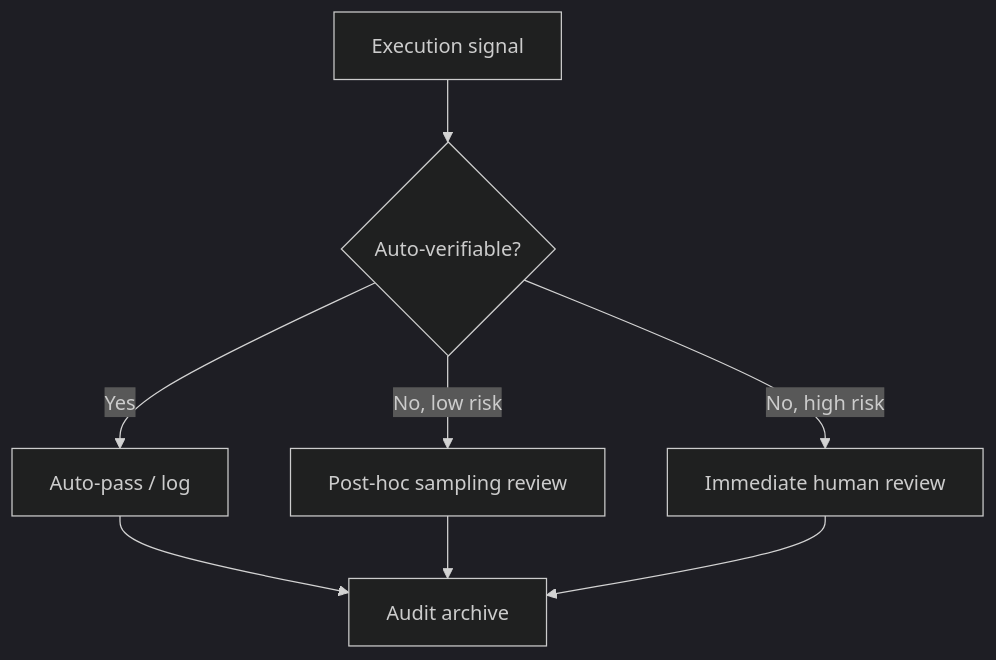
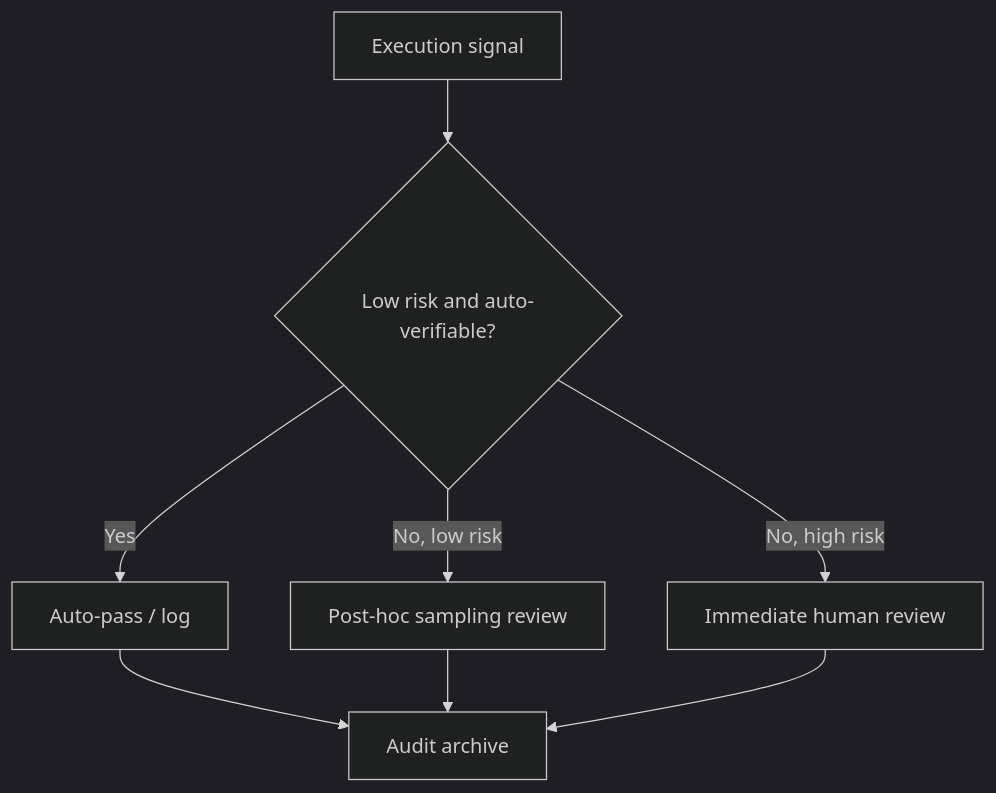
Before and after one commit to cuipengfei/adopt-agentic: the second of 2 diagrams in docs/en/guide/human-in-the-loop.md, drawn with Mermaid (dark theme). The commit also changed other lines of this file and 16 other files, not shown here.

````diff
--- a/docs/en/guide/human-in-the-loop.md
+++ b/docs/en/guide/human-in-the-loop.md
@@ -129,10 +133,10 @@
 ```mermaid
 flowchart TD
-    A["Execution signal"] --> B{"Auto-verifiable?"}
+    A["Execution signal"] --> B{"Low risk and auto-verifiable?"}
     B -->|"Yes"| C["Auto-pass / log"]
     B -->|"No, low risk"| D["Post-hoc sampling review"]
     B -->|"No, high risk"| E["Immediate human review"]
     C --> F["Audit archive"]
     D --> F
     E --> F
 ```
````
